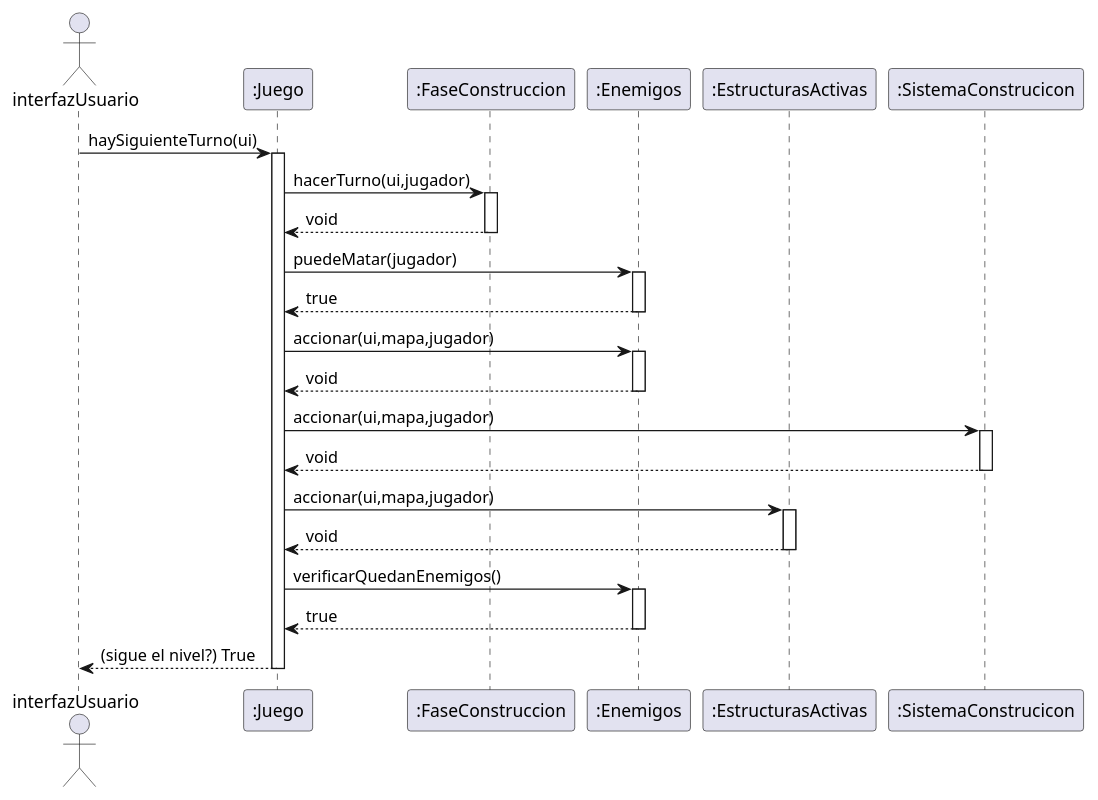
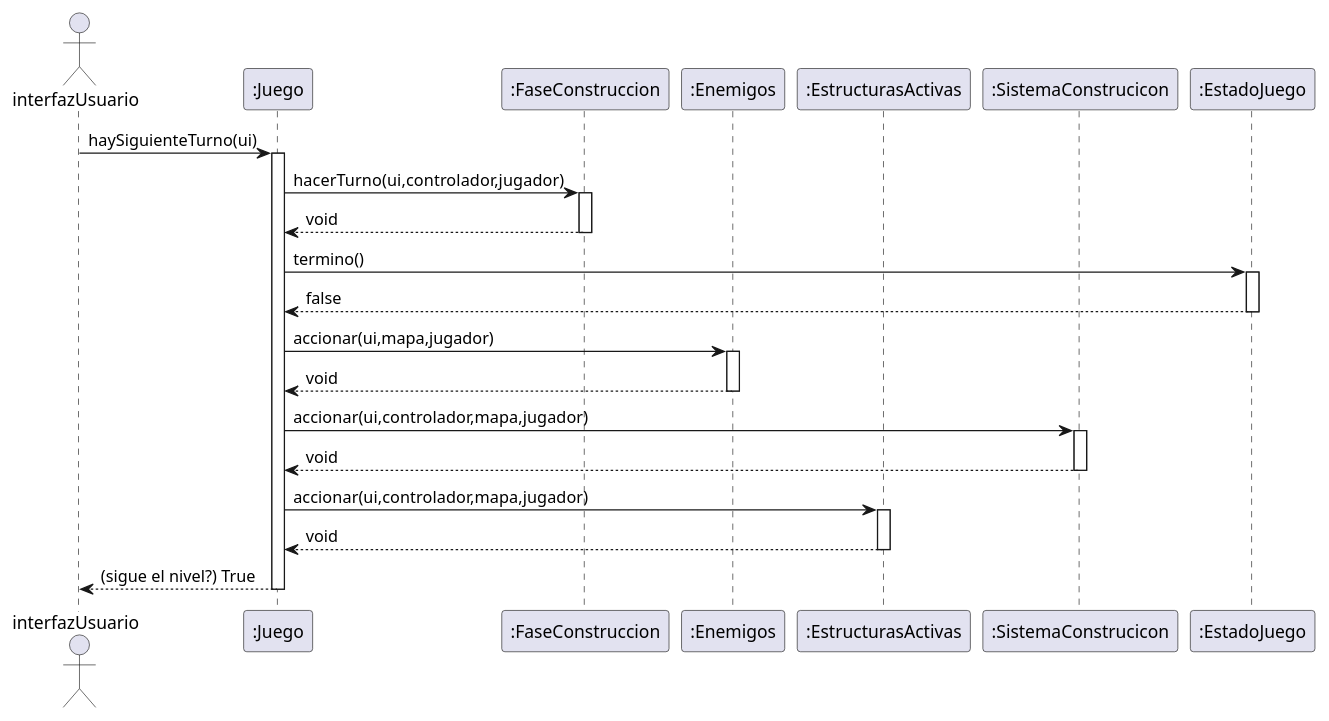
One commit to MarceloAgustinOrigoniGuillaume/Algo3_TP2_1C2023 changed the diagram in diagrams/sequences/propuestasMarcelo/general/ideaTurnoGeneral.puml. Above: the diagram before and after it, drawn with PlantUML. The commit also changed 12 other files, not shown here.

First line of the commit message:
update diagrama clases

```diff
--- a/diagrams/sequences/propuestasMarcelo/general/ideaTurnoGeneral.puml
+++ b/diagrams/sequences/propuestasMarcelo/general/ideaTurnoGeneral.puml
@@ -1,54 +1,48 @@
 @startuml
 
 
 Actor interfazUsuario as usuario
 
 participant ":Juego" as Juego
 participant ":FaseConstruccion" as builder
 participant ":Enemigos" as enemies
 participant ":EstructurasActivas" as estr
 participant ":SistemaConstrucicon" as constr
 
+participant ":EstadoJuego" as state
+
 usuario-> Juego: haySiguienteTurno(ui)
 activate Juego
-Juego -> builder: hacerTurno(ui,jugador)
+Juego -> builder: hacerTurno(ui,controlador,jugador)
 activate builder
 
 
 builder--> Juego: void
 deactivate builder
 
-Juego->enemies: puedeMatar(jugador)
-activate enemies
-enemies--> Juego: true
-deactivate enemies
+Juego->state: termino()
+activate state
+state --> Juego: false
+deactivate state
 
 Juego->enemies: accionar(ui,mapa,jugador)
 activate enemies
 enemies--> Juego: void
 deactivate enemies
 
 
-Juego->constr: accionar(ui,mapa,jugador)
+Juego->constr: accionar(ui,controlador,mapa,jugador)
 activate constr
 constr--> Juego: void
 deactivate constr
 
-Juego->estr: accionar(ui,mapa,jugador)
+Juego->estr: accionar(ui,controlador,mapa,jugador)
 activate estr
 estr--> Juego: void
 deactivate estr
-
-
-
-Juego->enemies: verificarQuedanEnemigos()
-activate enemies
-enemies--> Juego: true
-deactivate enemies
-
 
 Juego --> usuario: (sigue el nivel?) True
 deactivate Juego
 
 
 @enduml
```
